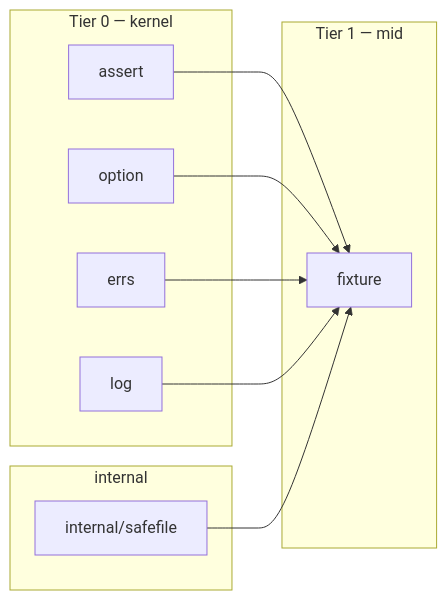
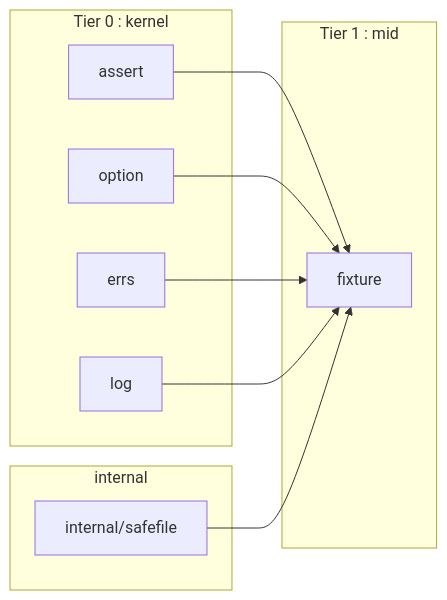
Before and after one commit to nathanbrophy/glacier: the diagram in specs/0010-fixture.md, drawn with Mermaid. The commit also changed other lines of this file and 83 other files, not shown here.

````diff
--- a/specs/0010-fixture.md
+++ b/specs/0010-fixture.md
@@ -76,21 +76,21 @@
 ```mermaid
 flowchart LR
-    subgraph kernel[Tier 0 — kernel]
+    subgraph kernel[Tier 0 :  kernel]
         assert
         option
         errs
         log
     end
-    subgraph mid[Tier 1 — mid]
+    subgraph mid[Tier 1 :  mid]
         fixture
     end
     subgraph internal[internal]
         safefile[internal/safefile]
     end
 
     assert --> fixture
     option --> fixture
     errs   --> fixture
     log    --> fixture
     safefile --> fixture
 ```
````
